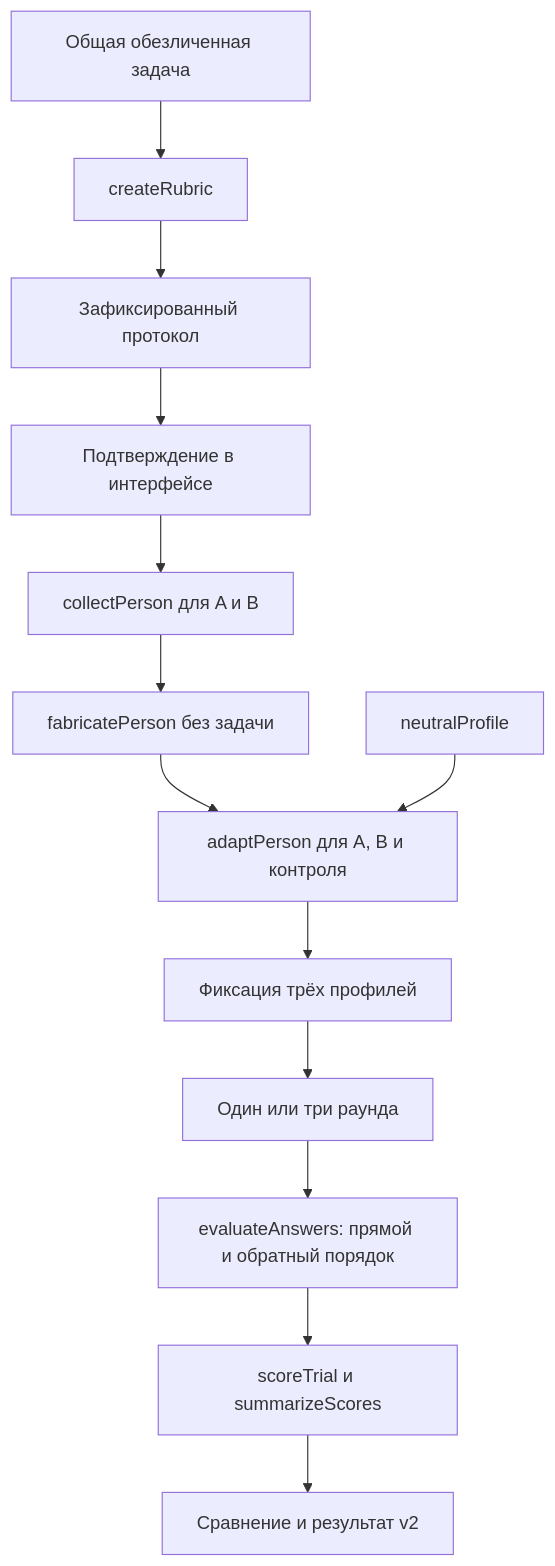
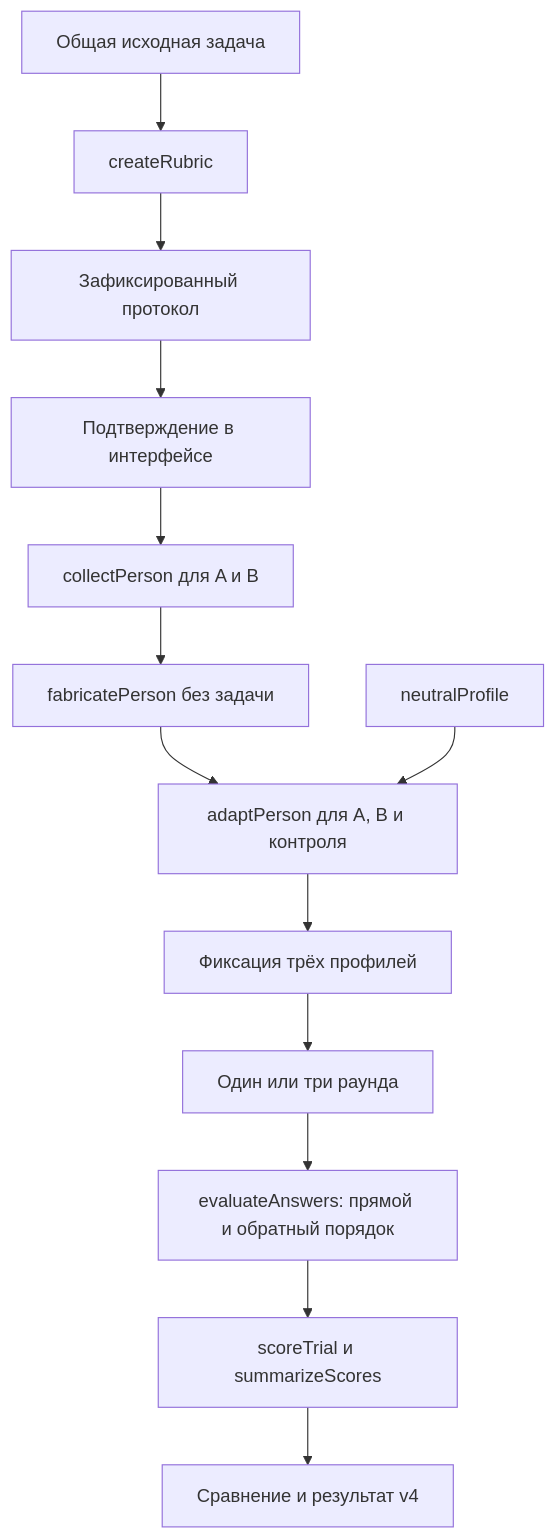
One commit to gnoy-i-salo/proteus changed the first of 2 diagrams in docs/architecture.md. Above: the diagram before and after it, drawn with Mermaid. The commit also changed other lines of this file and 7 other files, not shown here.

````diff
--- a/docs/architecture.md
+++ b/docs/architecture.md
@@ -32,15 +43,15 @@
 ```mermaid
 flowchart TD
-    task["Общая обезличенная задача"] --> rubric["createRubric"]
+    task["Общая исходная задача"] --> rubric["createRubric"]
     rubric --> protocol["Зафиксированный протокол"]
     protocol --> review["Подтверждение в интерфейсе"]
     review --> collect["collectPerson для A и B"]
     collect --> fabricate["fabricatePerson без задачи"]
     fabricate --> adapt["adaptPerson для A, B и контроля"]
     neutral["neutralProfile"] --> adapt
     adapt --> frozen["Фиксация трёх профилей"]
     frozen --> rounds["Один или три раунда"]
     rounds --> evaluate["evaluateAnswers: прямой и обратный порядок"]
     evaluate --> scores["scoreTrial и summarizeScores"]
-    scores --> result["Сравнение и результат v2"]
+    scores --> result["Сравнение и результат v4"]
 ```
````
